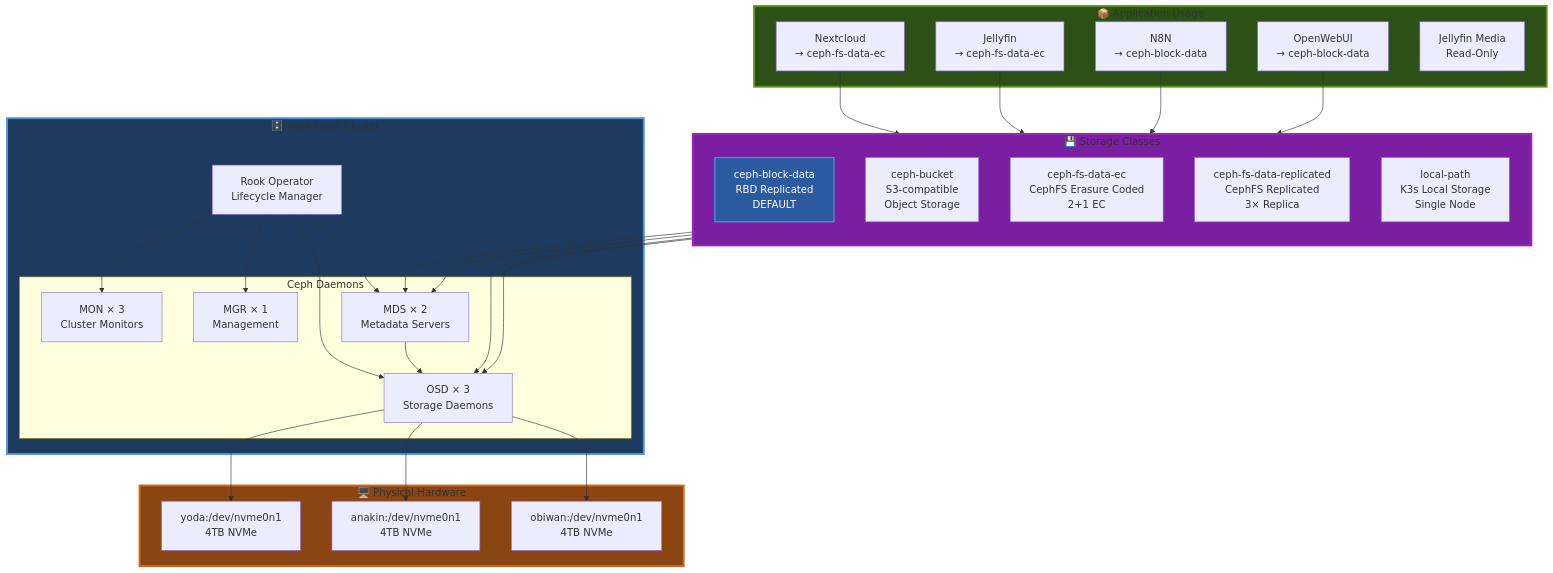
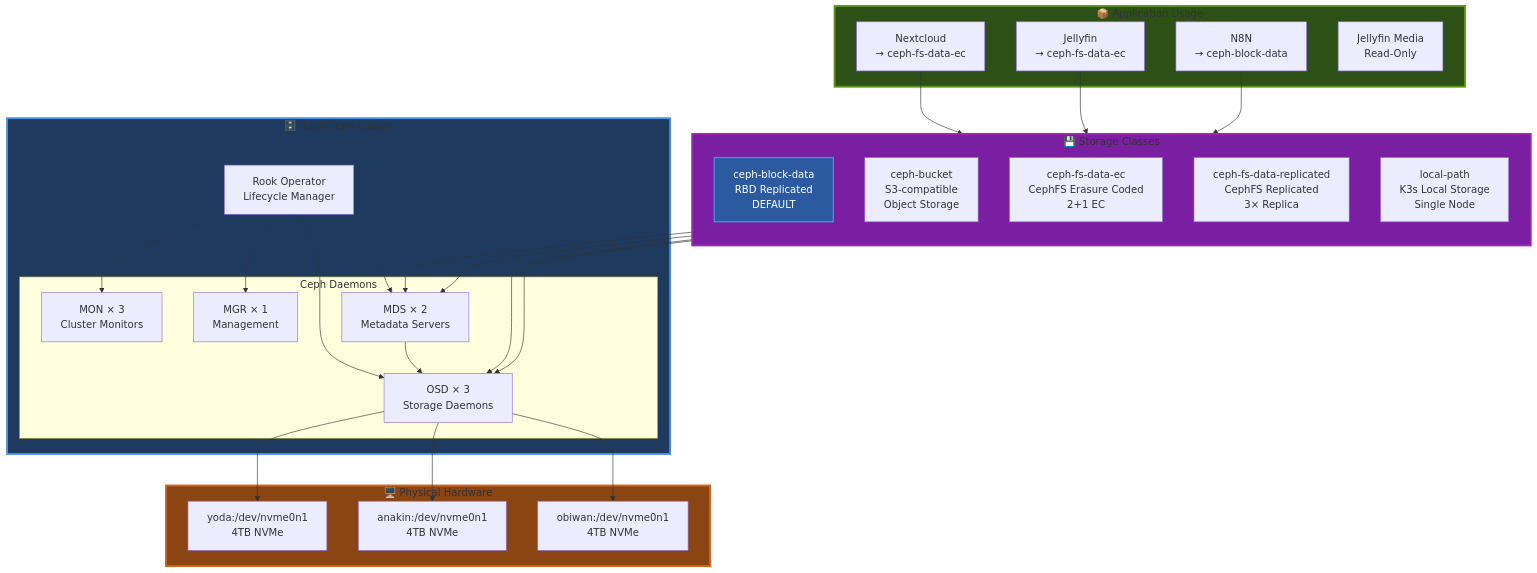
One commit to seadogger-tech/seadogger-homelab changed the diagram in docs/wiki/06-Storage-Rook-Ceph.md. Above: the diagram before and after it, drawn with Mermaid. The commit also changed other lines of this file, not shown here.

Commit message:
docs: update docs/wiki/06-Storage-Rook-Ceph.md for retired Bedrock, OpenWebUI and Hermes (OCE-101)

````diff
--- a/docs/wiki/06-Storage-Rook-Ceph.md
+++ b/docs/wiki/06-Storage-Rook-Ceph.md
@@ -22,62 +22,60 @@
 ```mermaid
 graph TB
     subgraph RookCeph["🗄️ Rook-Ceph Cluster"]
         Operator[Rook Operator<br/>Lifecycle Manager]
 
         subgraph Daemons["Ceph Daemons"]
             MON[MON × 3<br/>Cluster Monitors]
             MGR[MGR × 1<br/>Management]
             OSD[OSD × 3<br/>Storage Daemons]
             MDS[MDS × 2<br/>Metadata Servers]
         end
     end
 
     subgraph Storage["💾 Storage Classes"]
         direction TB
         Default[ceph-block-data<br/>RBD Replicated<br/>DEFAULT]
         Bucket[ceph-bucket<br/>S3-compatible<br/>Object Storage]
         FSEC[ceph-fs-data-ec<br/>CephFS Erasure Coded<br/>2+1 EC]
         FSRep[ceph-fs-data-replicated<br/>CephFS Replicated<br/>3× Replica]
         LocalPath[local-path<br/>K3s Local Storage<br/>Single Node]
     end
 
     subgraph Hardware["🖥️ Physical Hardware"]
         NVMe1[yoda:/dev/nvme0n1<br/>4TB NVMe]
         NVMe2[anakin:/dev/nvme0n1<br/>4TB NVMe]
         NVMe3[obiwan:/dev/nvme0n1<br/>4TB NVMe]
     end
 
     subgraph AppsLayer["📦 Application Usage"]
         NextcloudApp[Nextcloud<br/>→ ceph-fs-data-ec]
         JellyfinApp[Jellyfin<br/>→ ceph-fs-data-ec]
         N8NApp[N8N<br/>→ ceph-block-data]
-        OpenWebUIApp[OpenWebUI<br/>→ ceph-block-data]
         JellyfinMedia[Jellyfin Media<br/>Read-Only]
     end
 
     Operator --> MON
     Operator --> MGR
     Operator --> OSD
     Operator --> MDS
 
     OSD --> NVMe1
     OSD --> NVMe2
     OSD --> NVMe3
 
     Default --> OSD
     Bucket --> OSD
     FSEC --> MDS
     FSRep --> MDS
     MDS --> OSD
 
     NextcloudApp --> FSEC
     JellyfinApp --> FSEC
     N8NApp --> Default
-    OpenWebUIApp --> Default
 
     style RookCeph fill:#1e3a5f,stroke:#4a90e2,stroke-width:3px
     style Storage fill:#7b1fa2,stroke:#9c27b0,stroke-width:3px
     style Hardware fill:#8b4513,stroke:#d2691e,stroke-width:3px
     style AppsLayer fill:#2d5016,stroke:#5a9216,stroke-width:3px
     style Default fill:#2c5aa0,stroke:#4a90e2,stroke-width:2px,color:#fff
 ```
````
